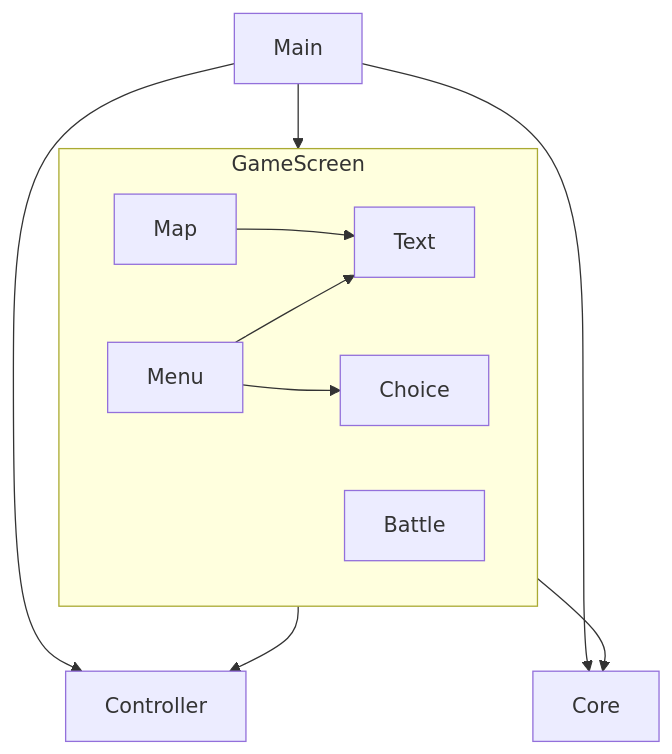
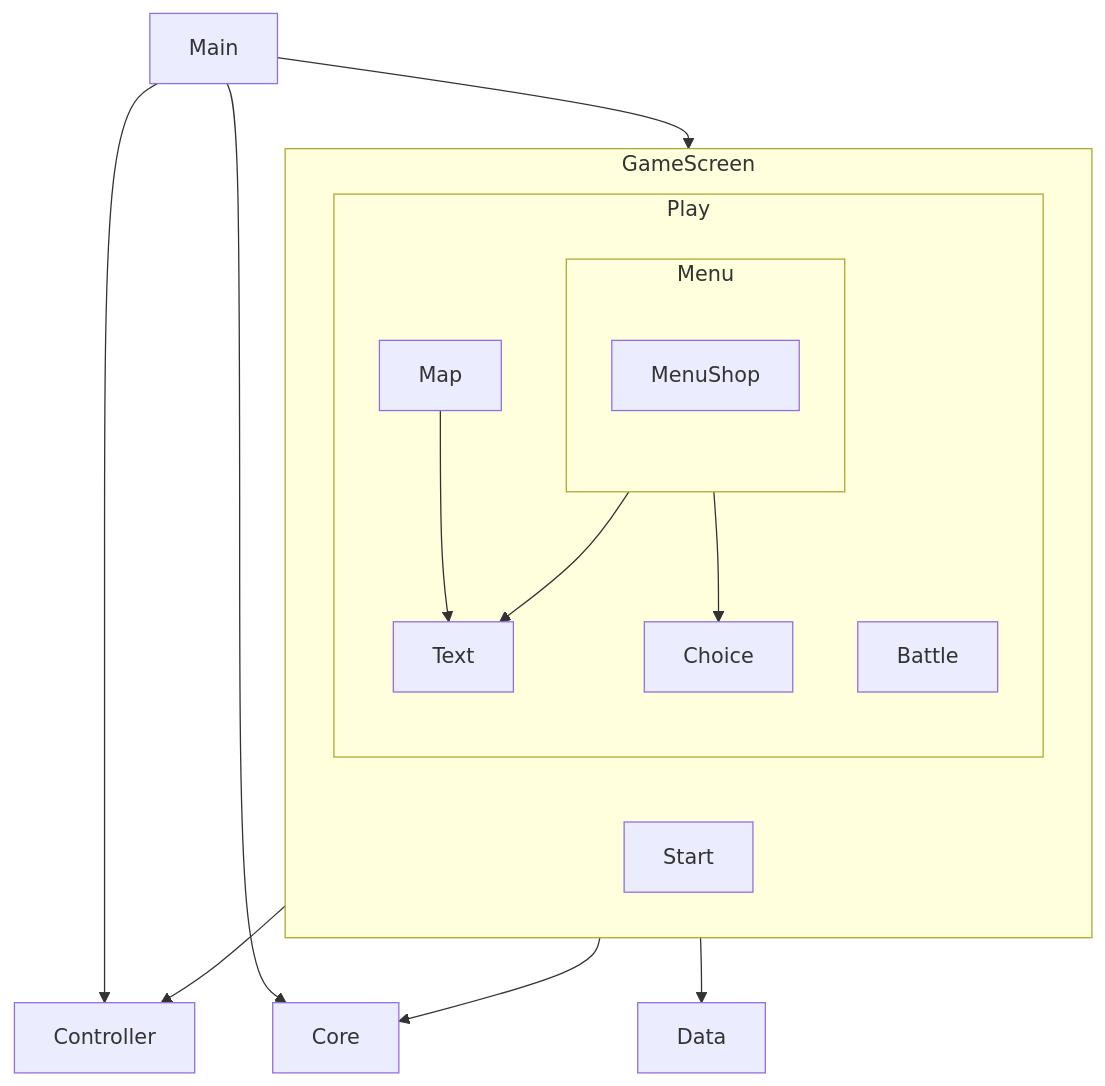
Before and after one commit to sbkinoko/RPGEngine2: the first of 2 diagrams in README.md, drawn with Mermaid.

````diff
--- a/README.md
+++ b/README.md
@@ -7,18 +7,27 @@
 ```mermaid
 graph TD;
   Main --> GameScreen;
   Main --> Controller;
   subgraph GameScreen;
-    Map;
-    Menu;
-    Battle;
-    Text;
-    Choice;
-    Menu --> Text;
-    Menu --> Choice;
-    Map --> Text;
+    Start;
+    Play;
+      subgraph Play;
+        Map;
+        Menu;
+          subgraph Menu;
+            MenuShop;
+          end;
+        Battle;
+        Text;
+        Choice;
+        MenuShop;
+        Menu --> Text;
+        Menu --> Choice;
+        Map --> Text;
+    end;
   end;
   GameScreen --> Core;
   GameScreen --> Controller;
+  GameScreen --> Data;
   Main --> Core;
 ```
````
